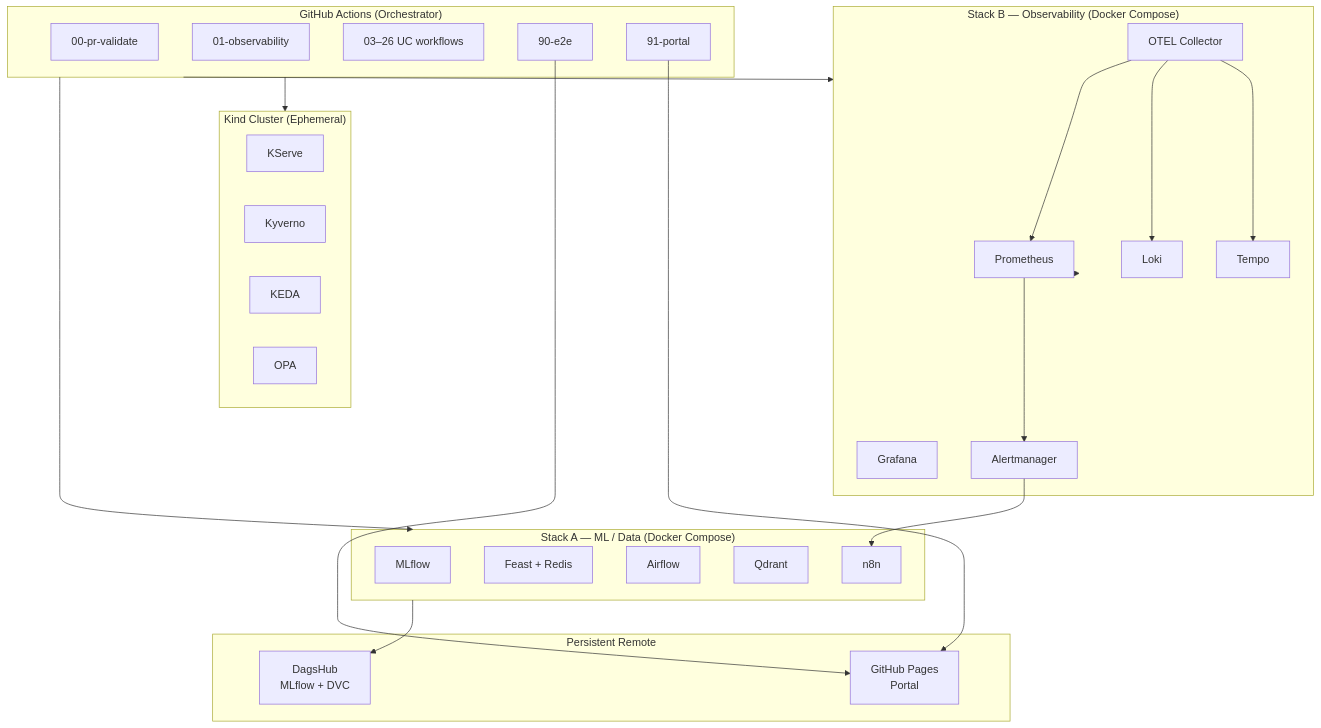
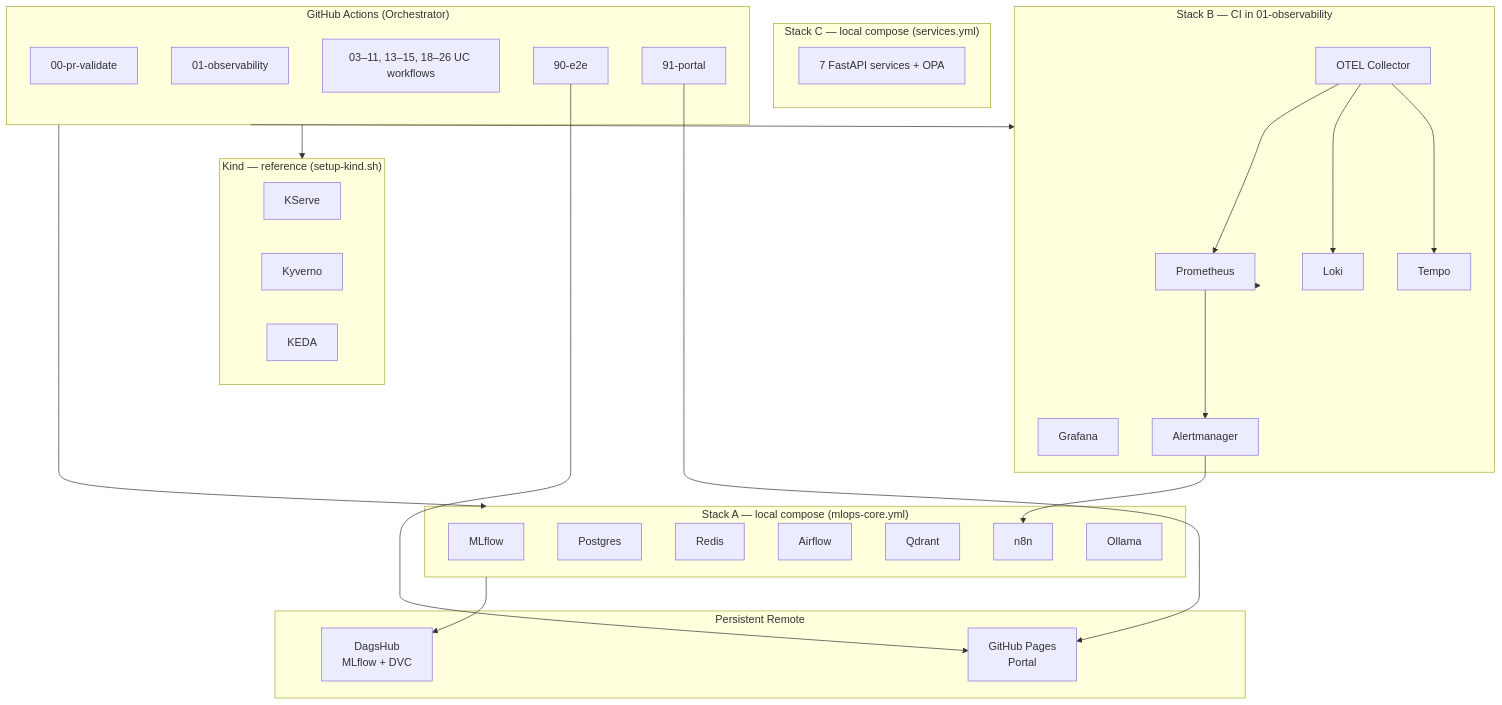
Before and after one commit to sanjeev0120test/observable-mlops-platform: diagram 16 of 55 in README.md, drawn with Mermaid. The commit also changed other lines of this file, not shown here.

First line of the commit message:
README audit: align docs with actual CI and compose layout

````diff
--- a/README.md
+++ b/README.md
@@ -1664,49 +1667,54 @@
 ```mermaid
 flowchart TB
     subgraph CI["GitHub Actions (Orchestrator)"]
         W00["00-pr-validate"]
         W01["01-observability"]
-        W03["03–26 UC workflows"]
+        W03["03–11, 13–15, 18–26 UC workflows"]
         W90["90-e2e"]
         W91["91-portal"]
     end
 
-    subgraph StackA["Stack A — ML / Data (Docker Compose)"]
+    subgraph StackA["Stack A — local compose (mlops-core.yml)"]
         MLF["MLflow"]
-        FST["Feast + Redis"]
+        PG["Postgres"]
+        RD["Redis"]
         AF["Airflow"]
         QD["Qdrant"]
         N8["n8n"]
+        OL["Ollama"]
     end
 
-    subgraph StackB["Stack B — Observability (Docker Compose)"]
+    subgraph StackC["Stack C — local compose (services.yml)"]
+        SVC["7 FastAPI services + OPA"]
+    end
+
+    subgraph StackB["Stack B — CI in 01-observability"]
         OTEL["OTEL Collector"]
         PROM["Prometheus"]
         GRAF["Grafana"]
         LOKI["Loki"]
         TEMPO["Tempo"]
         AM["Alertmanager"]
     end
 
-    subgraph K8s["Kind Cluster (Ephemeral)"]
+    subgraph K8s["Kind — reference (setup-kind.sh)"]
         KS["KServe"]
         KYV["Kyverno"]
         KEDA["KEDA"]
-        OPA["OPA"]
     end
 
     subgraph Remote["Persistent Remote"]
         DH["DagsHub<br/>MLflow + DVC"]
         GP["GitHub Pages<br/>Portal"]
     end
 
     CI --> StackA
     CI --> StackB
     CI --> K8s
     StackA --> DH
     StackB --> PROM
     OTEL --> PROM & LOKI & TEMPO
     PROM --> AM --> N8
     W90 --> GP
     W91 --> GP
 ```
````
